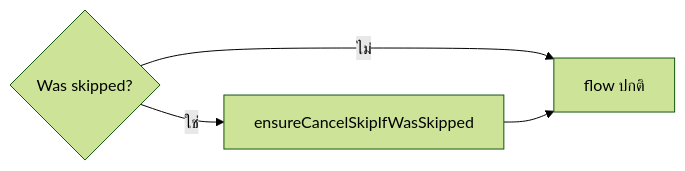
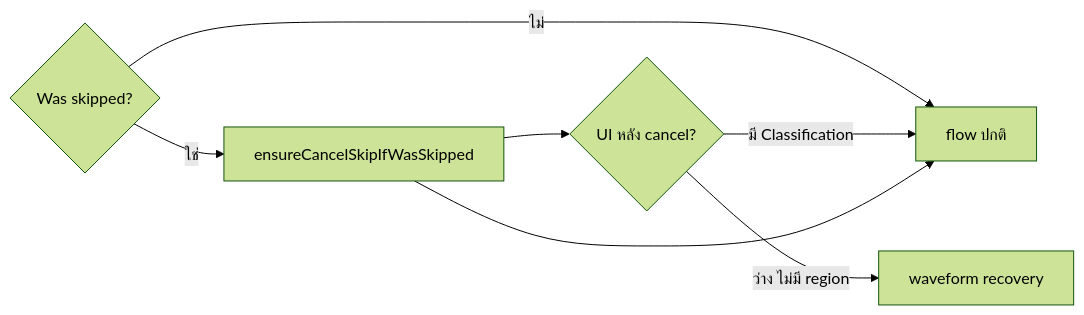
Before and after one commit to aemilia1962/DingTag_Automatron_Alternative: the third of 5 diagrams in .cursor/skills/dingtag-project/flows.md, drawn with Mermaid (forest theme). The commit also changed other lines of this file and 4 other files, not shown here.

````diff
--- a/.cursor/skills/dingtag-project/flows.md
+++ b/.cursor/skills/dingtag-project/flows.md
@@ -25,6 +171,9 @@
 ```mermaid
 flowchart LR
     S{Was skipped?} -->|ไม่| N[flow ปกติ]
     S -->|ใช่| C[ensureCancelSkipIfWasSkipped]
+    C --> R{UI หลัง cancel?}
+    R -->|ว่าง ไม่มี region| W[waveform recovery]
+    R -->|มี Classification| N
     C --> N
 ```
````
